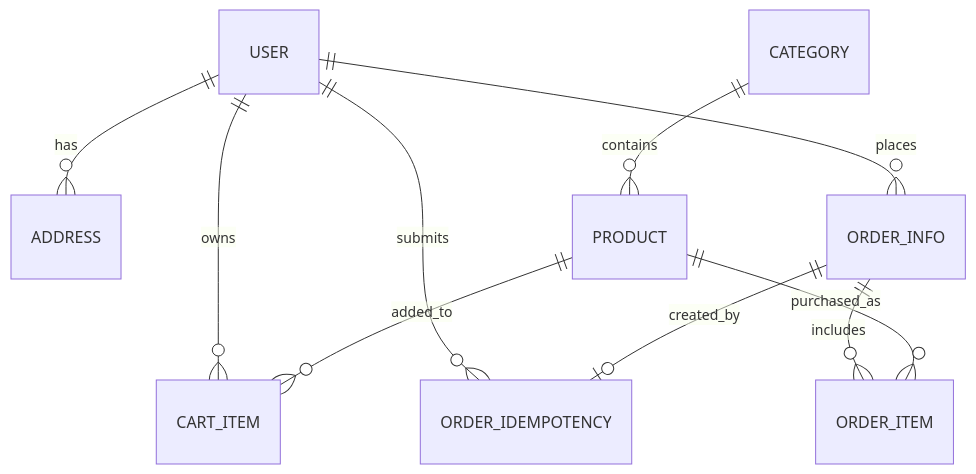
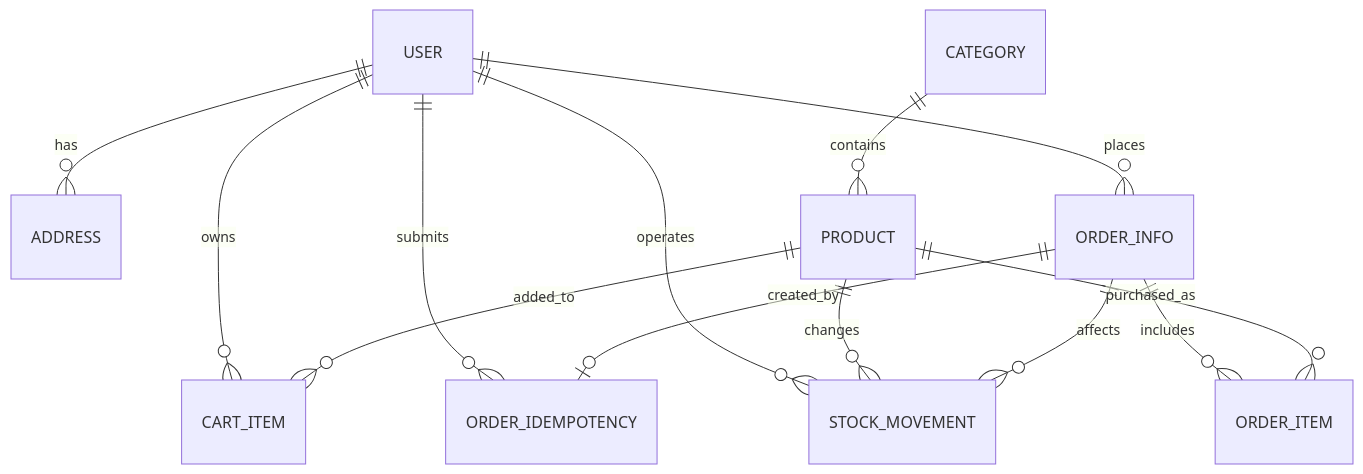
The diagram in docs/03-数据库设计.md (morisa28/my-DB), drawn with Mermaid before and after one commit. The commit also changed other lines of this file and 11 other files, not shown here.

Commit message:
feat: record stock movement audit

````diff
--- a/docs/03-数据库设计.md
+++ b/docs/03-数据库设计.md
@@ -16,12 +17,15 @@
 ```mermaid
 erDiagram
     USER ||--o{ ADDRESS : has
     USER ||--o{ CART_ITEM : owns
     USER ||--o{ ORDER_INFO : places
     USER ||--o{ ORDER_IDEMPOTENCY : submits
+    USER ||--o{ STOCK_MOVEMENT : operates
     CATEGORY ||--o{ PRODUCT : contains
     PRODUCT ||--o{ CART_ITEM : added_to
+    PRODUCT ||--o{ STOCK_MOVEMENT : changes
     ORDER_INFO ||--o| ORDER_IDEMPOTENCY : created_by
+    ORDER_INFO ||--o{ STOCK_MOVEMENT : affects
     ORDER_INFO ||--o{ ORDER_ITEM : includes
     PRODUCT ||--o{ ORDER_ITEM : purchased_as
 ```
````
